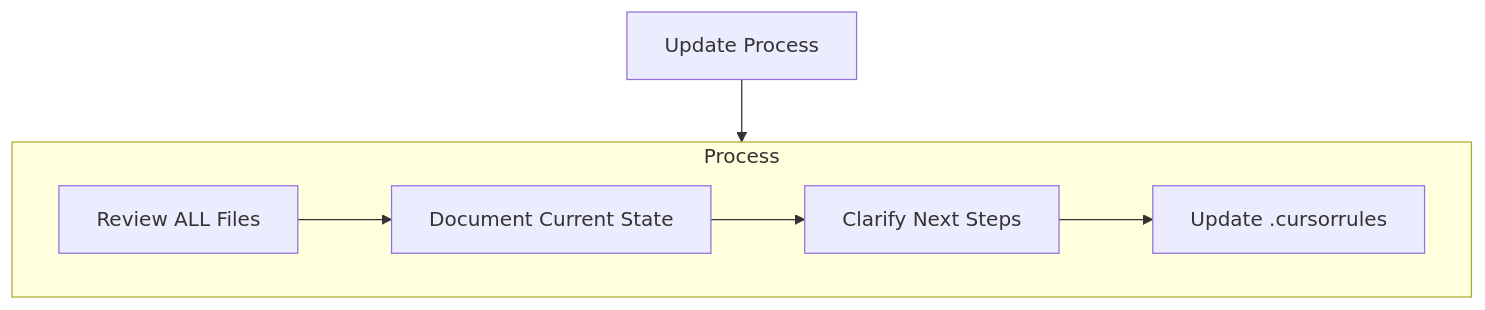
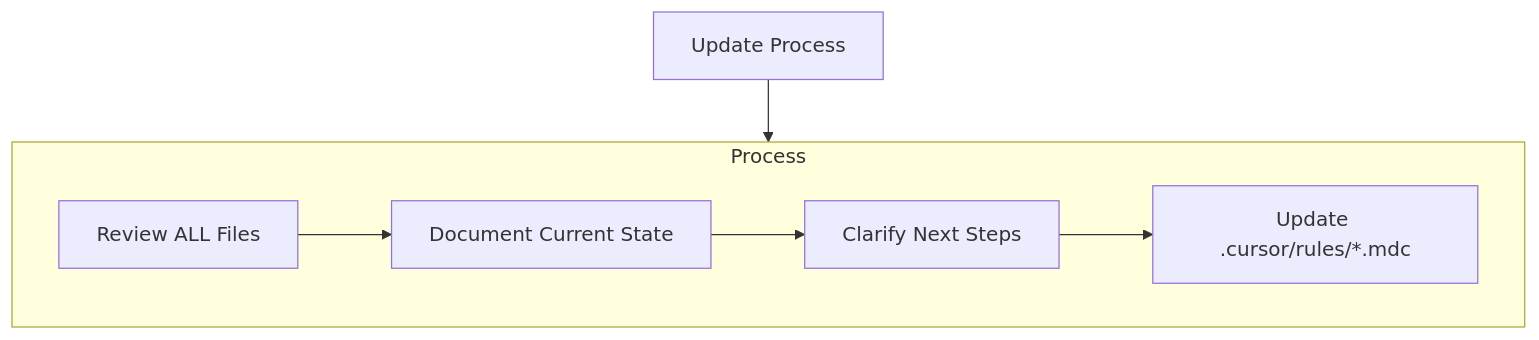
One commit to tkosht/cursor_dev changed the fourth of 5 diagrams in .cursor/rules/rules.mdc. Above: the diagram before and after it, drawn with Mermaid. The commit also changed other lines of this file and 26 other files, not shown here.

````diff
--- a/.cursor/rules/rules.mdc
+++ b/.cursor/rules/rules.mdc
@@ -108,15 +108,15 @@
 ```mermaid
 flowchart TD
     Start[Update Process]
     
     subgraph Process
         P1[Review ALL Files]
         P2[Document Current State]
         P3[Clarify Next Steps]
-        P4[Update .cursorrules]
+        P4[Update .cursor/rules/*.mdc]
         
         P1 --> P2 --> P3 --> P4
     end
     
     Start --> Process
 ```
````
